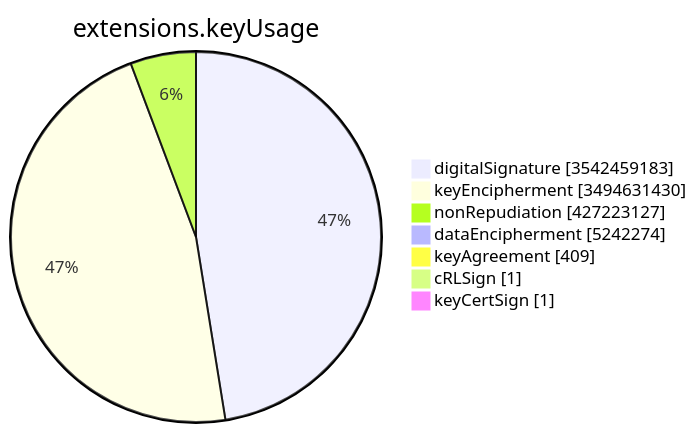
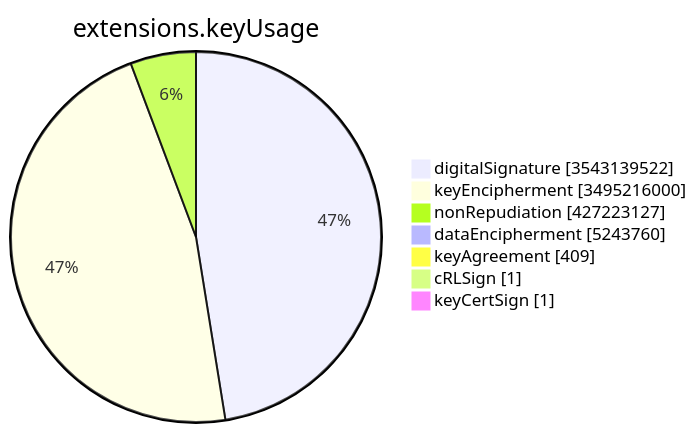
The sixth of 15 diagrams in TOTAL/README.md (christiankrug/ctmonitor_visualization), drawn with Mermaid before and after one commit. The commit also changed other lines of this file, not shown here.

````diff
--- a/TOTAL/README.md
+++ b/TOTAL/README.md
@@ -3083,11 +3083,11 @@
 ```mermaid
 pie showData
 title extensions.keyUsage
-"digitalSignature" :3542459183
-"keyEncipherment" :3494631430
+"digitalSignature" :3543139522
+"keyEncipherment" :3495216000
 "nonRepudiation" :427223127
-"dataEncipherment" :5242274
+"dataEncipherment" :5243760
 "keyAgreement" :409
 "cRLSign" :1
 "keyCertSign" :1
 ```
````
